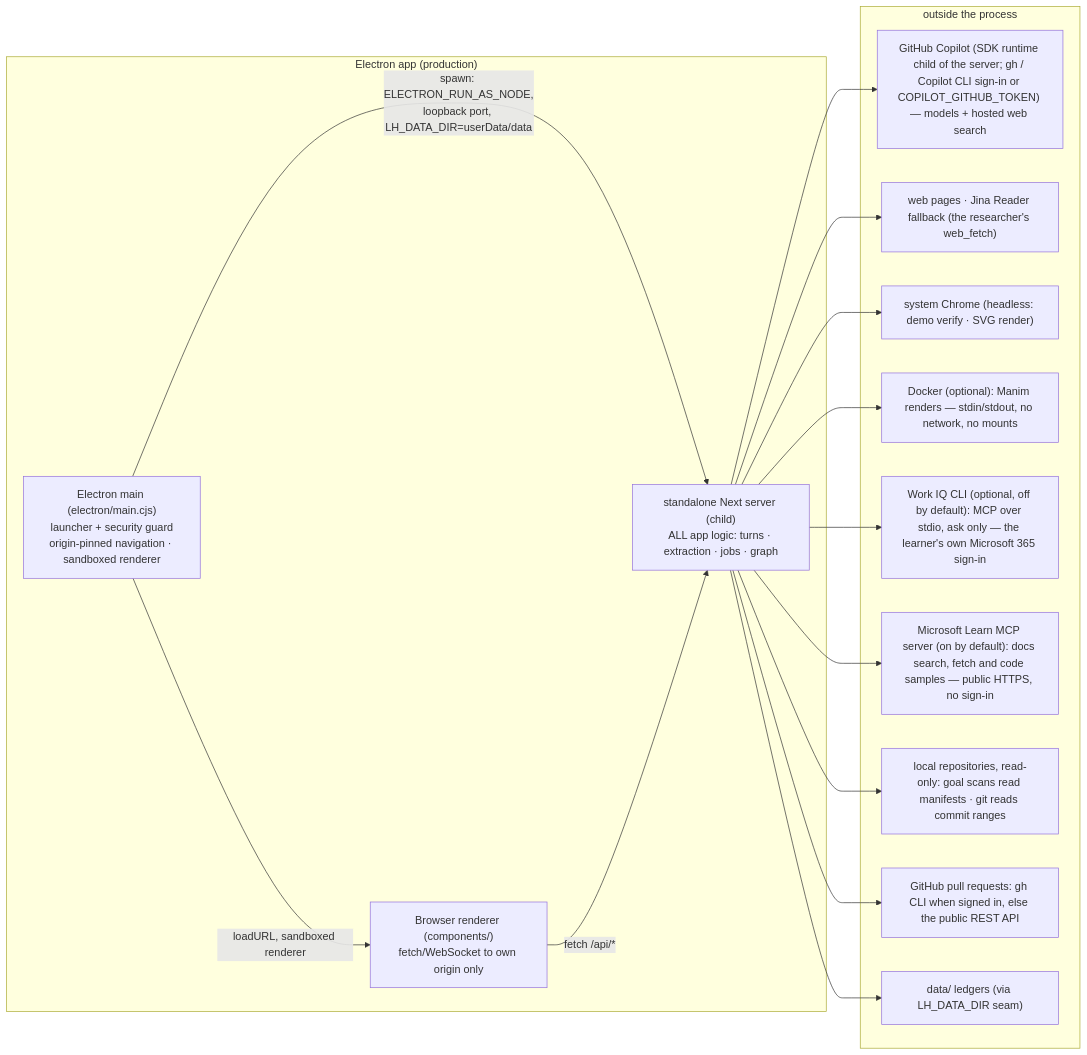
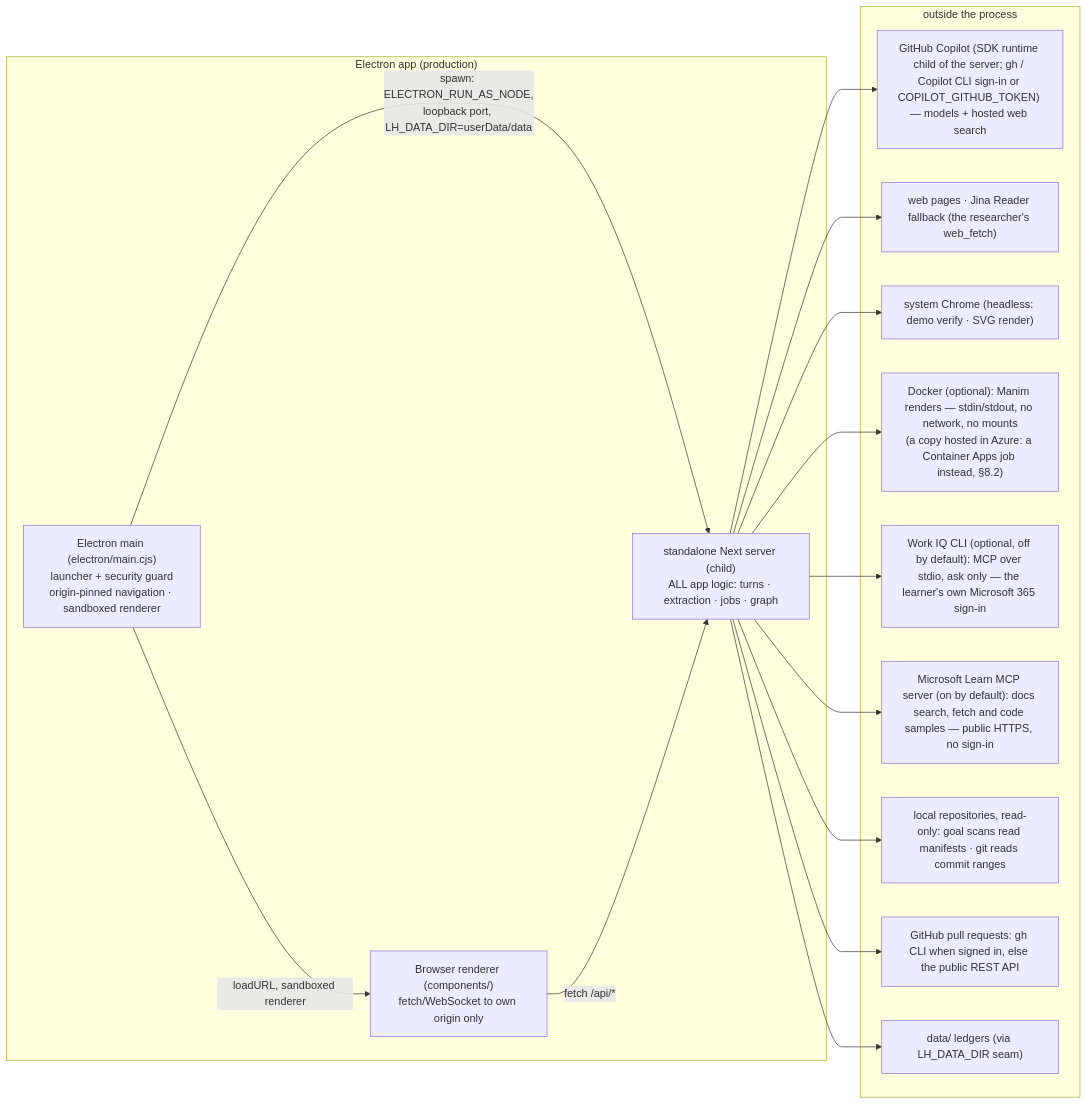
The seventh of 7 diagrams in docs/architecture.md (Bakar404/cairn), drawn with Mermaid before and after one commit. The commit also changed other lines of this file and 8 other files, not shown here.

First line of the commit message:
Render animations in a hosted copy with a Container Apps job

````diff
--- a/docs/architecture.md
+++ b/docs/architecture.md
@@ -416,28 +416,28 @@
 ```mermaid
 flowchart LR
     subgraph DESKTOP["Electron app (production)"]
         MAIN["Electron main (electron/main.cjs)<br/>launcher + security guard<br/>origin-pinned navigation · sandboxed renderer"] -->|"spawn: ELECTRON_RUN_AS_NODE,<br/>loopback port, LH_DATA_DIR=userData/data"| NEXT["standalone Next server (child)<br/>ALL app logic: turns · extraction · jobs · graph"]
         MAIN -->|"loadURL, sandboxed renderer"| REND["Browser renderer (components/)<br/>fetch/WebSocket to own origin only"]
     end
     subgraph OUTSIDE["outside the process"]
         CP["GitHub Copilot (SDK runtime child of the server; gh / Copilot CLI sign-in or COPILOT_GITHUB_TOKEN) — models + hosted web search"]
         WEBT["web pages · Jina Reader fallback (the researcher's web_fetch)"]
         CHROME["system Chrome (headless: demo verify · SVG render)"]
-        DOCKER["Docker (optional): Manim renders — stdin/stdout, no network, no mounts"]
+        DOCKER["Docker (optional): Manim renders — stdin/stdout, no network, no mounts<br/>(a copy hosted in Azure: a Container Apps job instead, §8.2)"]
         WORKIQ["Work IQ CLI (optional, off by default): MCP over stdio, ask only — the learner's own Microsoft 365 sign-in"]
         LEARN["Microsoft Learn MCP server (on by default): docs search, fetch and code samples — public HTTPS, no sign-in"]
         REPOS["local repositories, read-only: goal scans read manifests · git reads commit ranges"]
         GH["GitHub pull requests: gh CLI when signed in, else the public REST API"]
         DISK["data/ ledgers (via LH_DATA_DIR seam)"]
     end
     NEXT --> CP
     NEXT --> WEBT
     NEXT --> CHROME
     NEXT --> DOCKER
     NEXT --> WORKIQ
     NEXT --> LEARN
     NEXT --> REPOS
     NEXT --> GH
     NEXT --> DISK
     REND -->|"fetch /api/*"| NEXT
 ```
````
